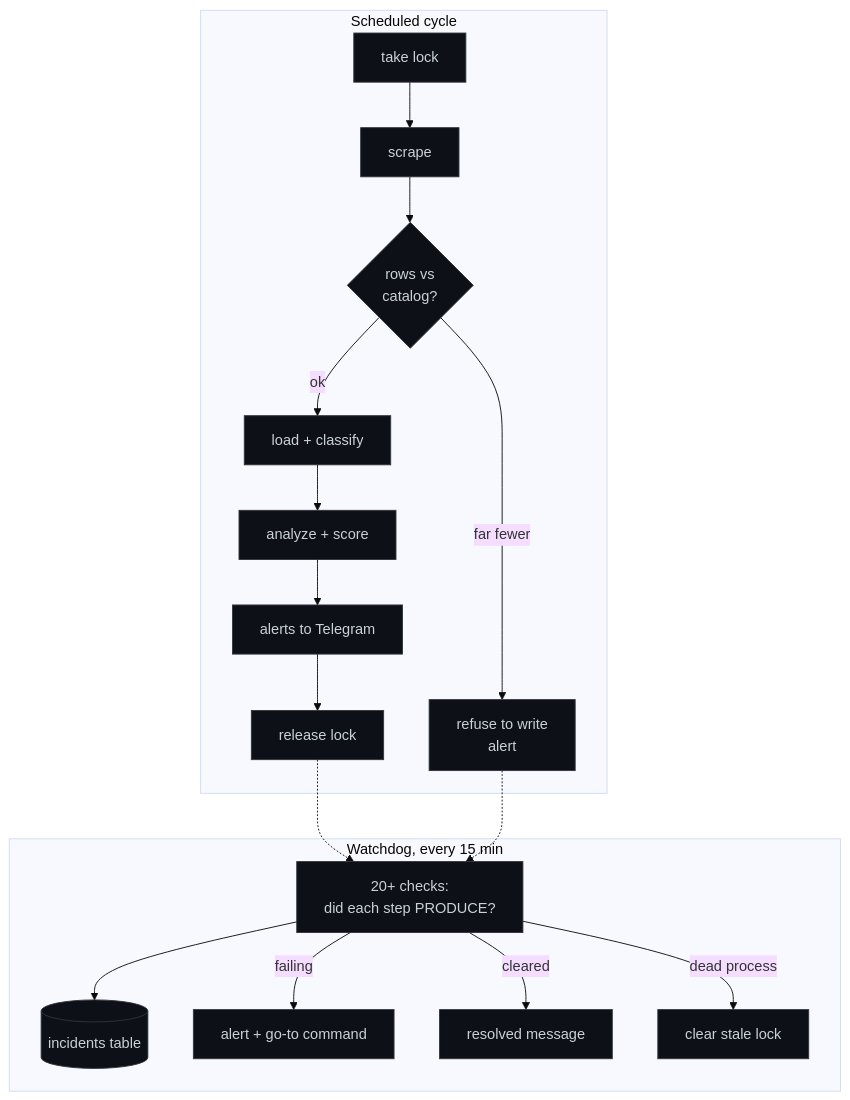
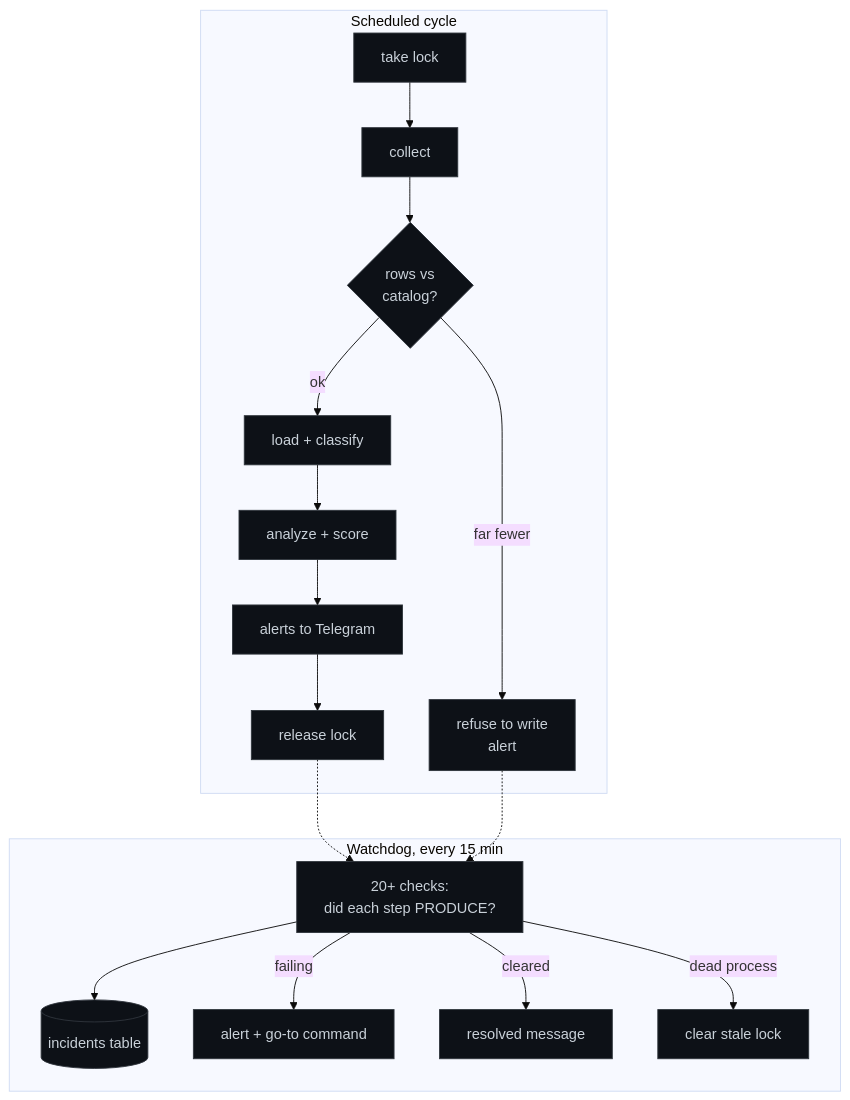
One commit to miguelmoga2002-alt/market-intelligence-agent changed the second of 2 diagrams in README.md. Above: the diagram before and after it, drawn with Mermaid (base theme). The commit also changed other lines of this file and 3 other files, not shown here.

````diff
--- a/README.md
+++ b/README.md
@@ -159,18 +158,18 @@
 ```mermaid
 flowchart TD
     subgraph cycle["Scheduled cycle"]
-        L["take lock"] --> SC["scrape"] --> GD{"rows vs<br/>catalog?"}
+        L["take lock"] --> SC["collect"] --> GD{"rows vs<br/>catalog?"}
         GD -- "far fewer" --> RF["refuse to write<br/>alert"]
         GD -- "ok" --> LD["load + classify"] --> AN["analyze + score"] --> AL["alerts to Telegram"] --> UL["release lock"]
     end
     subgraph wd["Watchdog, every 15 min"]
         CK["20+ checks:<br/>did each step PRODUCE?"] --> INC[("incidents table")]
         CK -- "failing" --> TG["alert + go-to command"]
         CK -- "cleared" --> RS["resolved message"]
         CK -- "dead process" --> CL["clear stale lock"]
     end
     UL -.-> CK
     RF -.-> CK
     classDef s fill:#0d1117,stroke:#30363d,color:#c9d1d9;
     class L,SC,GD,RF,LD,AN,AL,UL,CK,INC,TG,RS,CL s;
 ```
````
